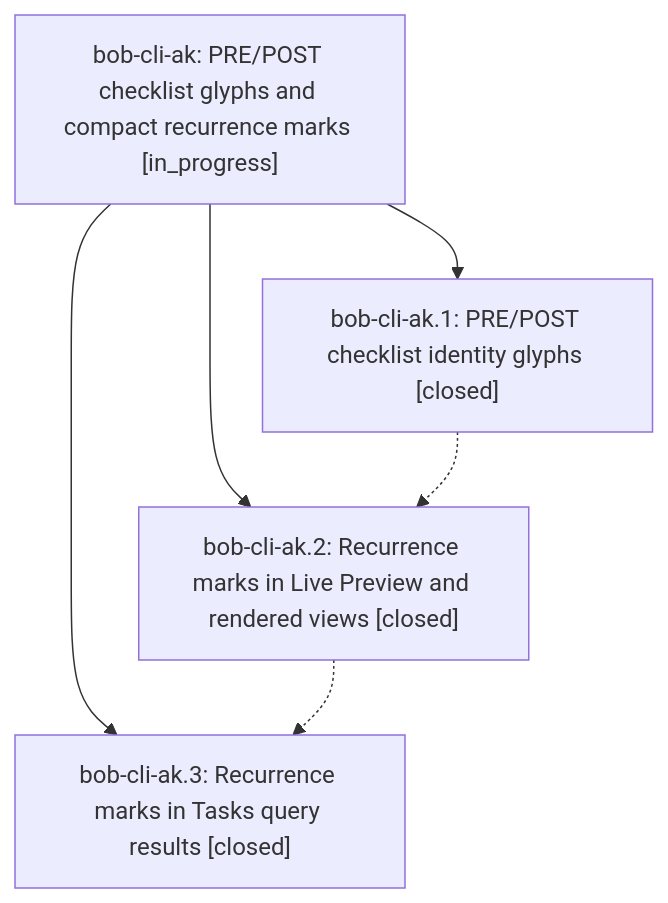
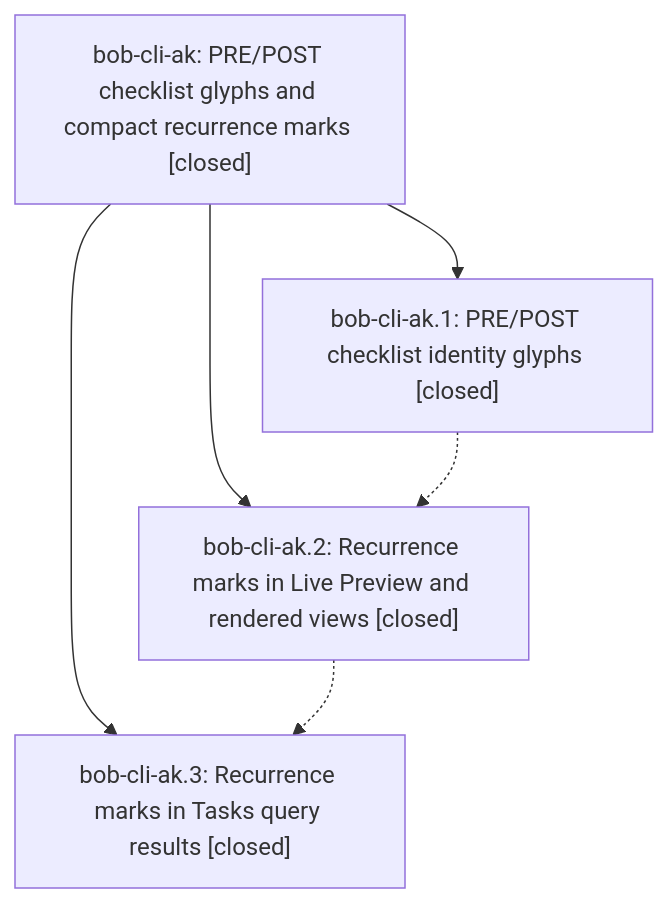
One commit to bobs-org/bob-cli--beads changed the diagram in pages/bob-cli-ak/README.md. Above: the diagram before and after it, drawn with Mermaid. The commit also changed other lines of this file and 1 other file, not shown here.

First line of the commit message:
chore(beads): sync bead state and pages for bob-cli-ak

````diff
--- a/pages/bob-cli-ak/README.md
+++ b/pages/bob-cli-ak/README.md
@@ -38,12 +53,12 @@
 ```mermaid
 flowchart TD
-    n0["bob-cli-ak: PRE/POST checklist glyphs and compact recurrence marks [in_progress]"]
+    n0["bob-cli-ak: PRE/POST checklist glyphs and compact recurrence marks [closed]"]
     n1["bob-cli-ak.1: PRE/POST checklist identity glyphs [closed]"]
     n2["bob-cli-ak.2: Recurrence marks in Live Preview and rendered views [closed]"]
     n3["bob-cli-ak.3: Recurrence marks in Tasks query results [closed]"]
     n0 --> n1
     n0 --> n2
     n0 --> n3
     n1 -.-> n2
     n2 -.-> n3
 ```
````
